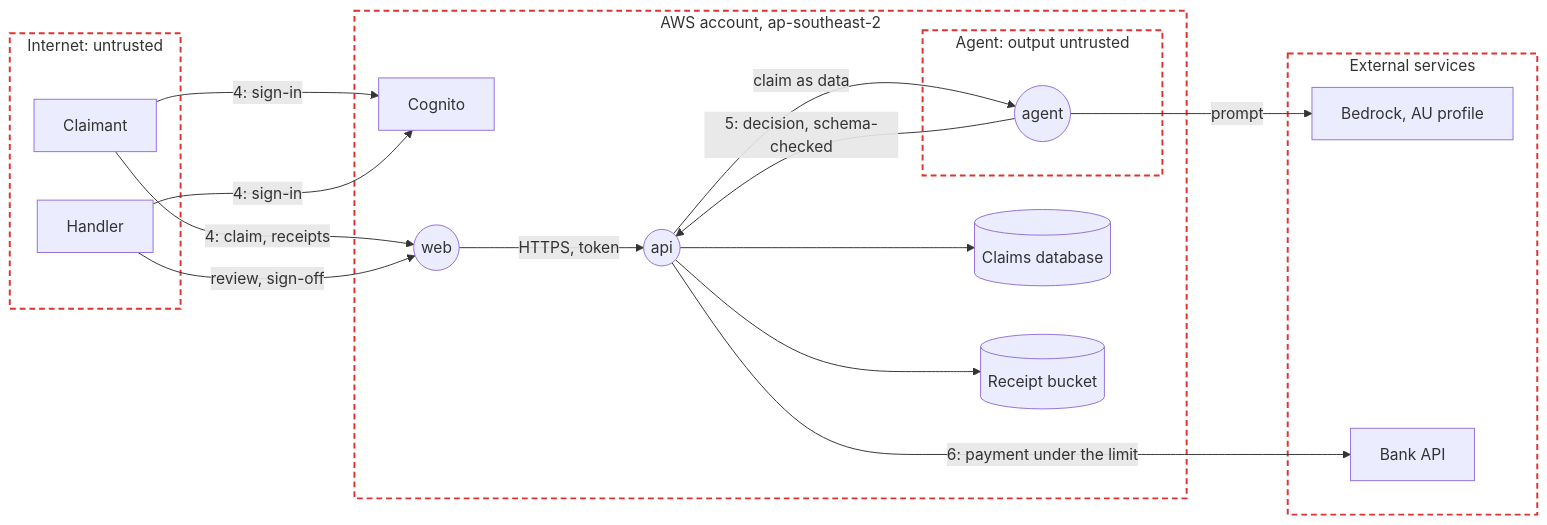
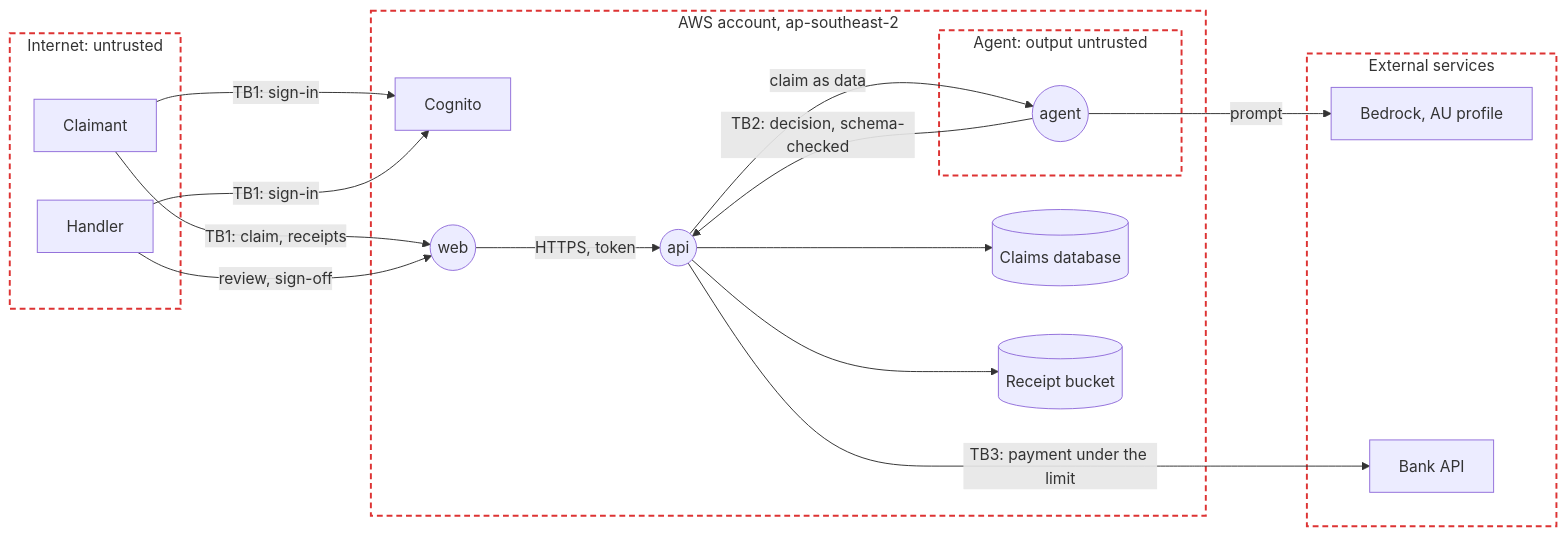
One commit to euginevd/sdlc-template changed the diagram in docs/threat-model.md. Above: the diagram before and after it, drawn with Mermaid. The commit also changed other lines of this file, not shown here.

````diff
--- a/docs/threat-model.md
+++ b/docs/threat-model.md
@@ -7,34 +7,34 @@
 ```mermaid
 flowchart LR
   subgraph internet ["Internet: untrusted"]
     claimant[Claimant]
     handler[Handler]
   end
   subgraph aws ["AWS account, ap-southeast-2"]
     cognito[Cognito]
     web((web))
     api((api))
     db[(Claims database)]
     bucket[(Receipt bucket)]
     subgraph agentzone ["Agent: output untrusted"]
       agent((agent))
     end
   end
   subgraph third ["External services"]
     bedrock[Bedrock, AU profile]
     bank[Bank API]
   end
-  claimant -- "4: claim, receipts" --> web
-  claimant -- "4: sign-in" --> cognito
-  handler -- "4: sign-in" --> cognito
+  claimant -- "TB1: claim, receipts" --> web
+  claimant -- "TB1: sign-in" --> cognito
+  handler -- "TB1: sign-in" --> cognito
   handler -- "review, sign-off" --> web
   web -- "HTTPS, token" --> api
   api --> db
   api --> bucket
   api -- "claim as data" --> agent
   agent -- prompt --> bedrock
-  agent -- "5: decision, schema-checked" --> api
-  api -- "6: payment under the limit" --> bank
+  agent -- "TB2: decision, schema-checked" --> api
+  api -- "TB3: payment under the limit" --> bank
   classDef boundary fill:none,stroke:#d33,stroke-width:2px,stroke-dasharray:6 4
   class internet,aws,agentzone,third boundary
 ```
````
